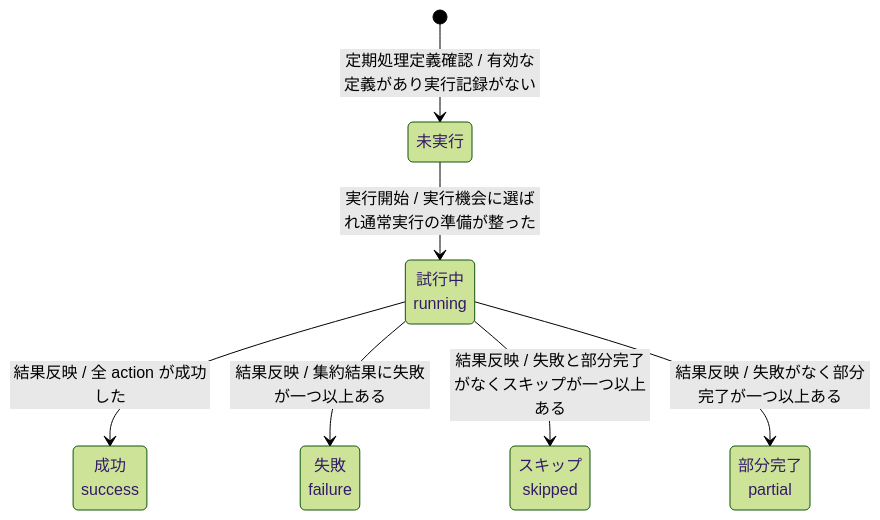
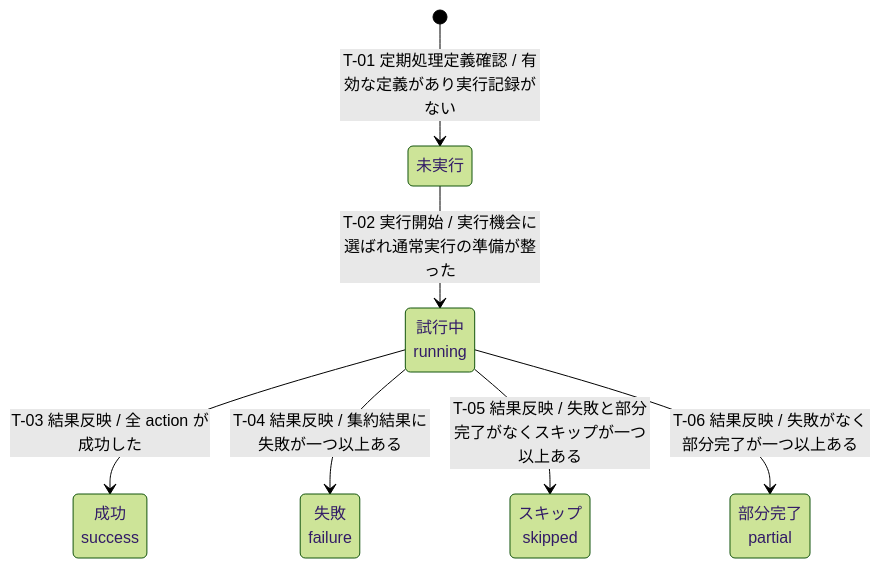
The first of 2 diagrams in docs/ja/product/010-business-specs/020-data-model/stsd-routine-run.md (specdojo/specdojo), drawn with Mermaid (forest theme) before and after one commit. The commit also changed other lines of this file and 5 other files, not shown here.

````diff
--- a/docs/ja/product/010-business-specs/020-data-model/stsd-routine-run.md
+++ b/docs/ja/product/010-business-specs/020-data-model/stsd-routine-run.md
@@ -68,15 +74,15 @@
 ```mermaid
 stateDiagram-v2
   state "未実行" as never
   state "試行中<br>running" as running
   state "成功<br>success" as success
   state "部分完了<br>partial" as partial
   state "失敗<br>failure" as failure
   state "スキップ<br>skipped" as skipped
-  [*] --> never : 定期処理定義確認 / 有効な定義があり実行記録がない
-  never --> running : 実行開始 / 実行機会に選ばれ通常実行の準備が整った
-  running --> success : 結果反映 / 全 action が成功した
-  running --> failure : 結果反映 / 集約結果に失敗が一つ以上ある
-  running --> skipped : 結果反映 / 失敗と部分完了がなくスキップが一つ以上ある
-  running --> partial : 結果反映 / 失敗がなく部分完了が一つ以上ある
+  [*] --> never : T-01 定期処理定義確認 / 有効な定義があり実行記録がない
+  never --> running : T-02 実行開始 / 実行機会に選ばれ通常実行の準備が整った
+  running --> success : T-03 結果反映 / 全 action が成功した
+  running --> failure : T-04 結果反映 / 集約結果に失敗が一つ以上ある
+  running --> skipped : T-05 結果反映 / 失敗と部分完了がなくスキップが一つ以上ある
+  running --> partial : T-06 結果反映 / 失敗がなく部分完了が一つ以上ある
 ```
````
